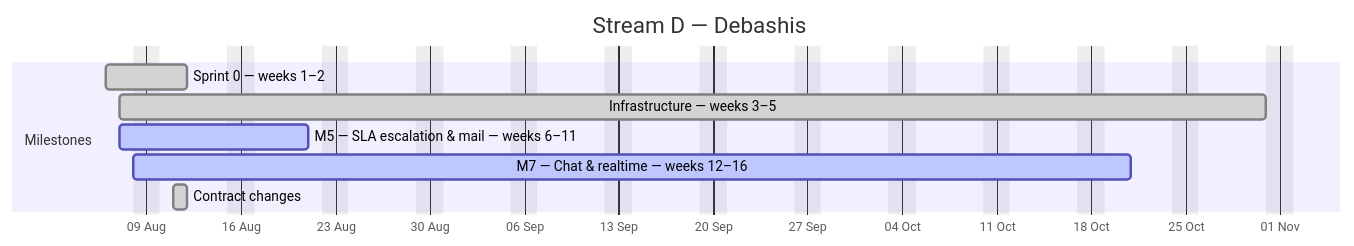
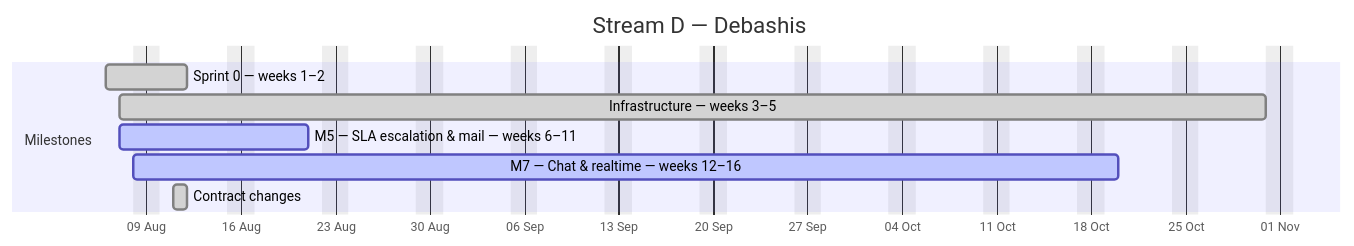
The fourth of 4 diagrams in docs/plan/GANTT.md (debashisedunext/EduTrack), drawn with Mermaid before and after one commit. The commit also changed other lines of this file and 3 other files, not shown here.

````diff
--- a/docs/plan/GANTT.md
+++ b/docs/plan/GANTT.md
@@ -155,13 +155,13 @@
 ```mermaid
 gantt
     dateFormat YYYY-MM-DD
     axisFormat %d %b
     title Stream D — Debashis
     excludes weekends
     section Milestones
     Sprint 0 — weeks 1–2 :done, d0, 2026-08-06, 4d
     Infrastructure — weeks 3–5 :done, d1, 2026-08-07, 61d
     M5 — SLA  escalation & mail — weeks 6–11 :active, d2, 2026-08-07, 10d
-    M7 — Chat & realtime — weeks 12–16 :active, d3, 2026-08-08, 53d
+    M7 — Chat & realtime — weeks 12–16 :active, d3, 2026-08-08, 52d
     Contract changes :done, d4, 2026-08-11, 1d
 ```
````
